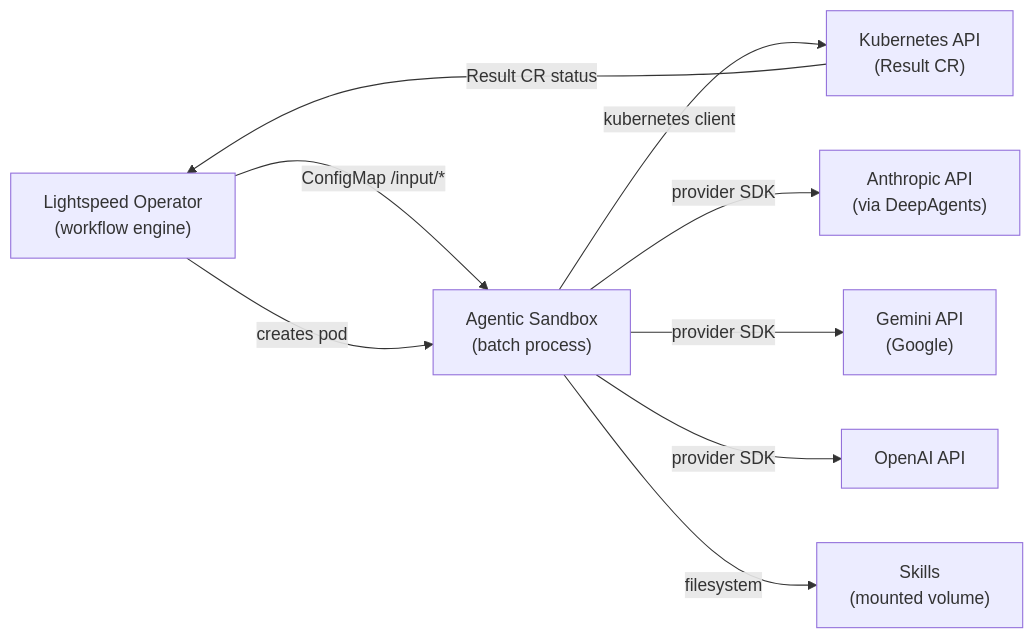
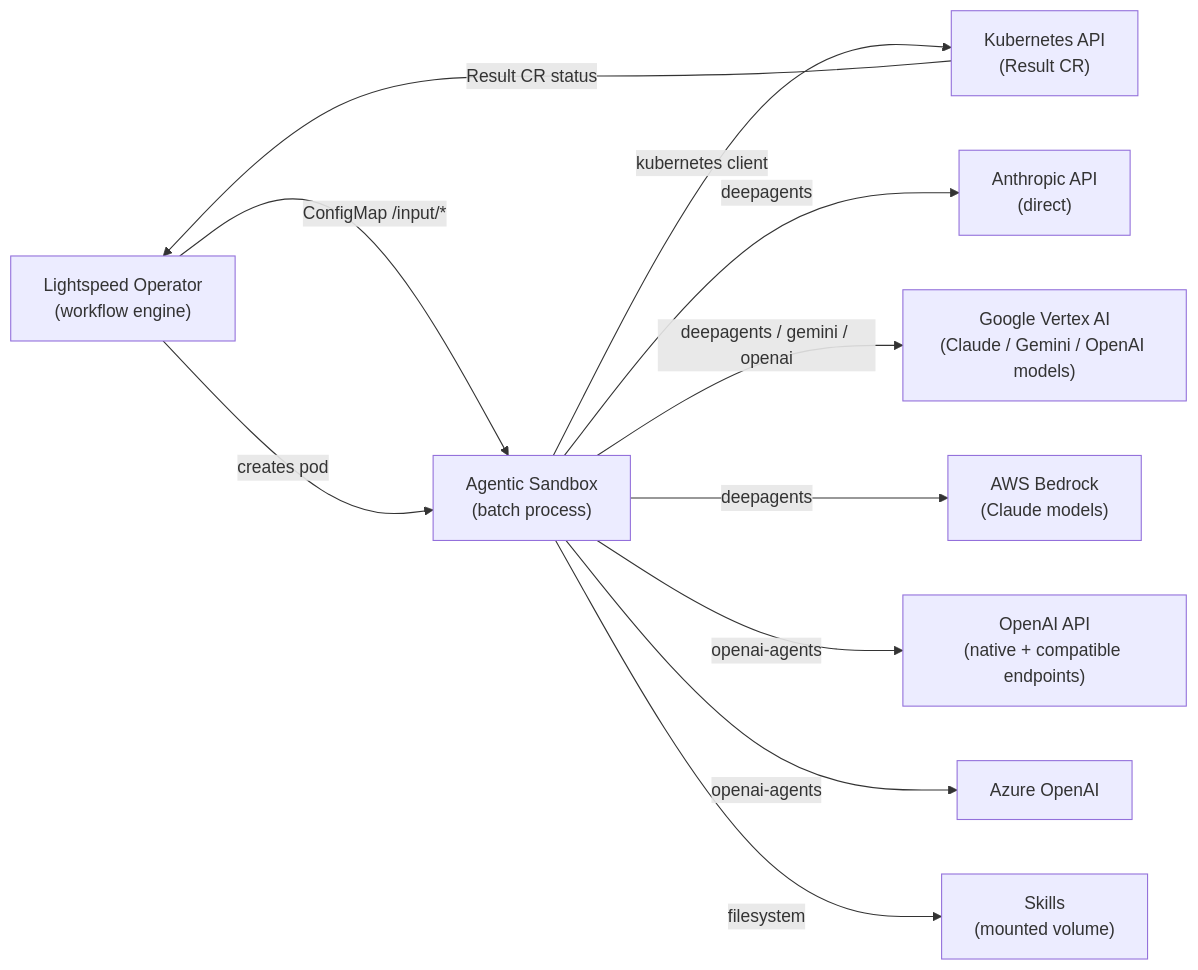
One commit to openshift/lightspeed-agentic-sandbox changed the first of 4 diagrams in ARCHITECTURE.md. Above: the diagram before and after it, drawn with Mermaid. The commit also changed other lines of this file, not shown here.

Commit message:
OLS-0000 docs: map providers to agent SDKs and models in ARCHITECTURE.md

````diff
--- a/ARCHITECTURE.md
+++ b/ARCHITECTURE.md
@@ -9,19 +9,23 @@
 ```mermaid
 graph LR
     Operator["Lightspeed Operator<br/>(workflow engine)"]
     Sandbox["Agentic Sandbox<br/>(batch process)"]
     K8s["Kubernetes API<br/>(Result CR)"]
-    Anthropic["Anthropic API<br/>(via DeepAgents)"]
-    Gemini["Gemini API<br/>(Google)"]
-    OpenAI["OpenAI API"]
+    Anthropic["Anthropic API<br/>(direct)"]
+    Vertex["Google Vertex AI<br/>(Claude / Gemini / OpenAI models)"]
+    Bedrock["AWS Bedrock<br/>(Claude models)"]
+    OpenAIAPI["OpenAI API<br/>(native + compatible endpoints)"]
+    Azure["Azure OpenAI"]
     Skills["Skills<br/>(mounted volume)"]
 
     Operator -->|"ConfigMap /input/*"| Sandbox
     Operator -->|"creates pod"| Sandbox
     Sandbox -->|"kubernetes client"| K8s
     K8s -->|"Result CR status"| Operator
-    Sandbox -->|provider SDK| Anthropic
-    Sandbox -->|provider SDK| Gemini
-    Sandbox -->|provider SDK| OpenAI
+    Sandbox -->|deepagents| Anthropic
+    Sandbox -->|"deepagents / gemini / openai"| Vertex
+    Sandbox -->|deepagents| Bedrock
+    Sandbox -->|openai-agents| OpenAIAPI
+    Sandbox -->|openai-agents| Azure
     Sandbox -->|filesystem| Skills
 ```
````
